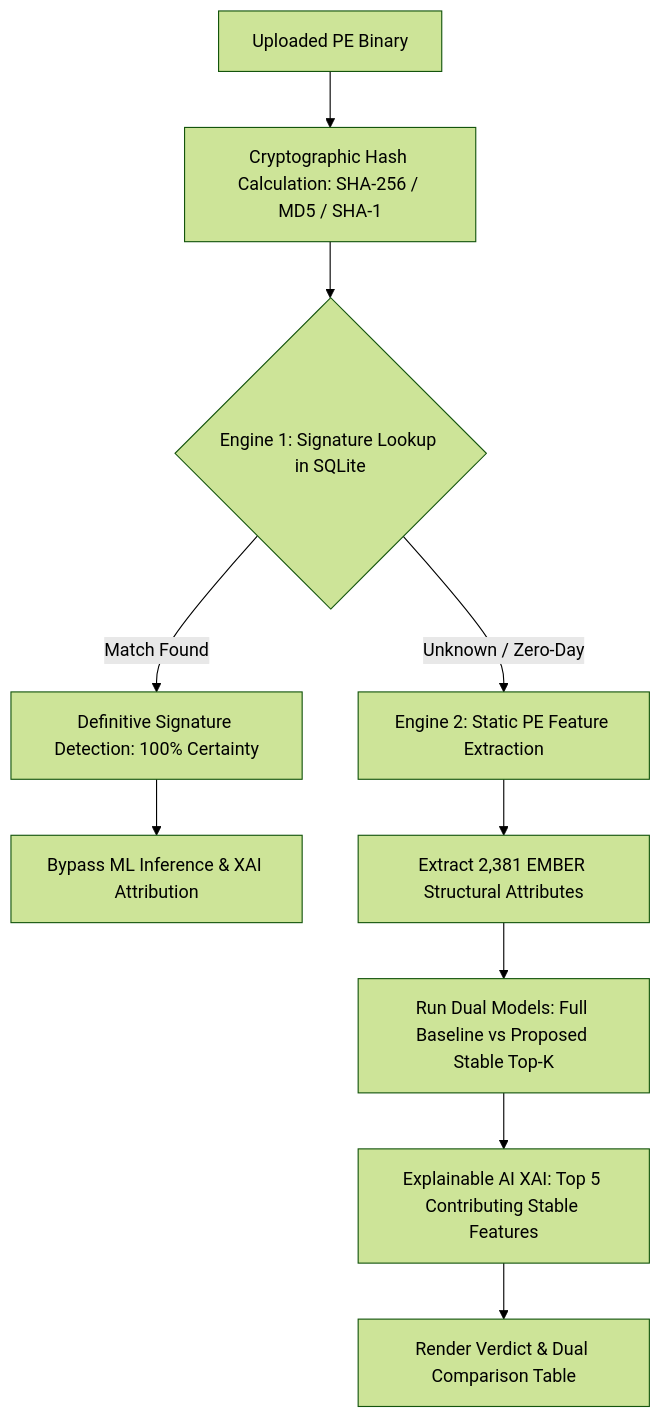
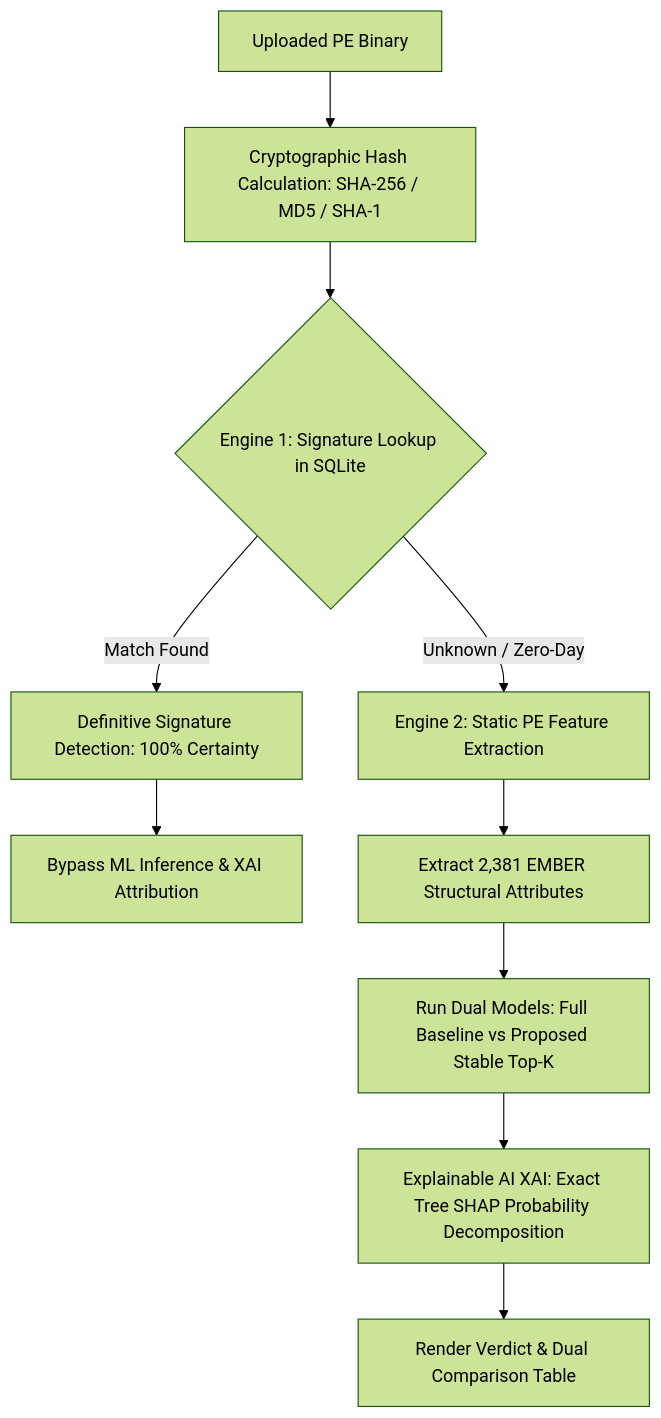
The diagram in AI Maleware Detection/README.md (sushetozhimo/MIni-Project), drawn with Mermaid (forest theme) before and after one commit. The commit also changed other lines of this file and 23 other files, not shown here.

Commit message:
feat: complete technical handover report, model divergence detection, Tree SHAP XAI, and clean retrained stable models

````diff
--- a/AI Maleware Detection/README.md
+++ b/AI Maleware Detection/README.md
@@ -35,14 +51,14 @@
 ```mermaid
 graph TD
     A[Uploaded PE Binary] --> B[Cryptographic Hash Calculation: SHA-256 / MD5 / SHA-1]
     B --> C{Engine 1: Signature Lookup in SQLite}
     
     C -- "Match Found" --> D[Definitive Signature Detection: 100% Certainty]
     D --> E[Bypass ML Inference & XAI Attribution]
     
     C -- "Unknown / Zero-Day" --> F[Engine 2: Static PE Feature Extraction]
     F --> G[Extract 2,381 EMBER Structural Attributes]
     G --> H[Run Dual Models: Full Baseline vs Proposed Stable Top-K]
-    H --> I[Explainable AI XAI: Top 5 Contributing Stable Features]
+    H --> I[Explainable AI XAI: Exact Tree SHAP Probability Decomposition]
     I --> J[Render Verdict & Dual Comparison Table]
 ```
````
